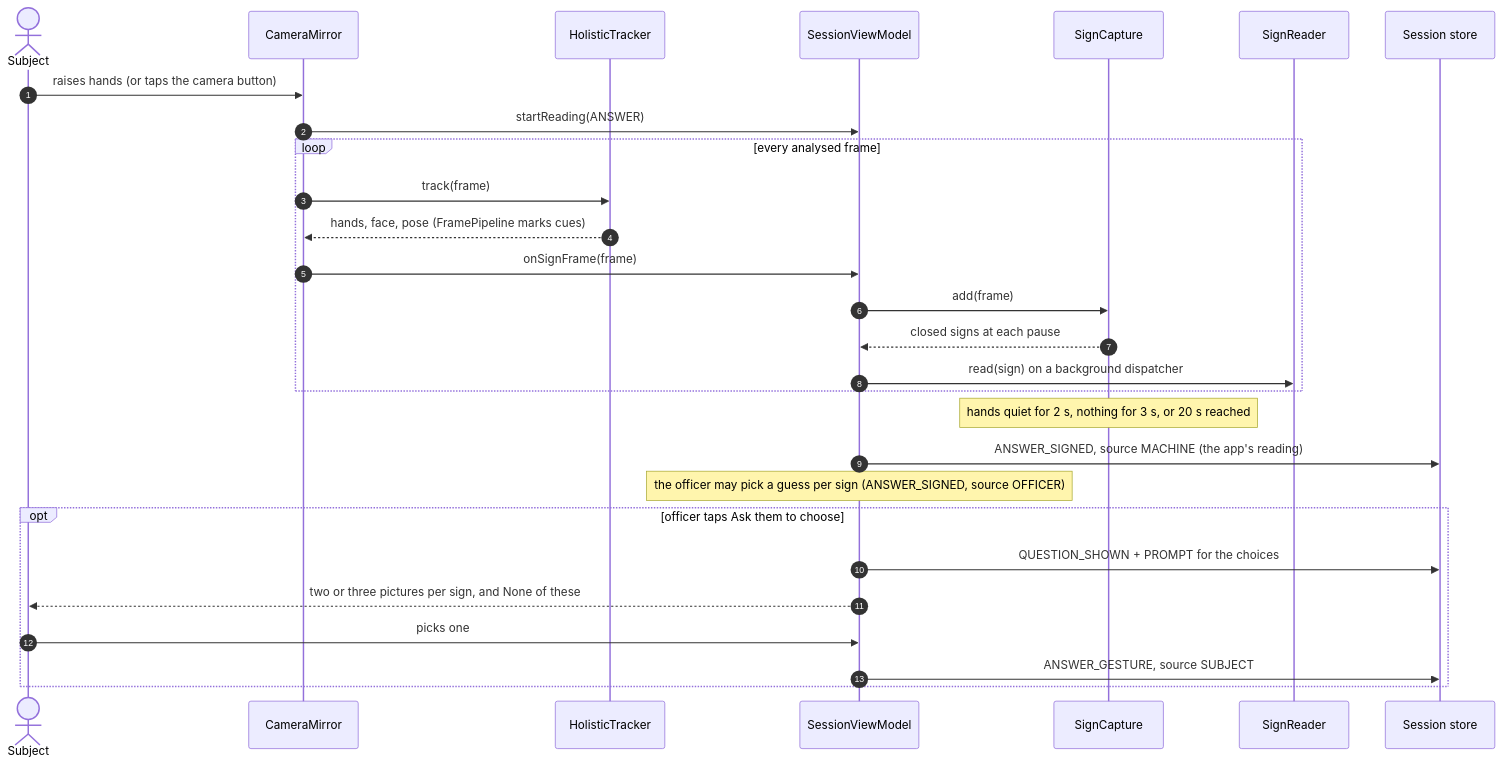
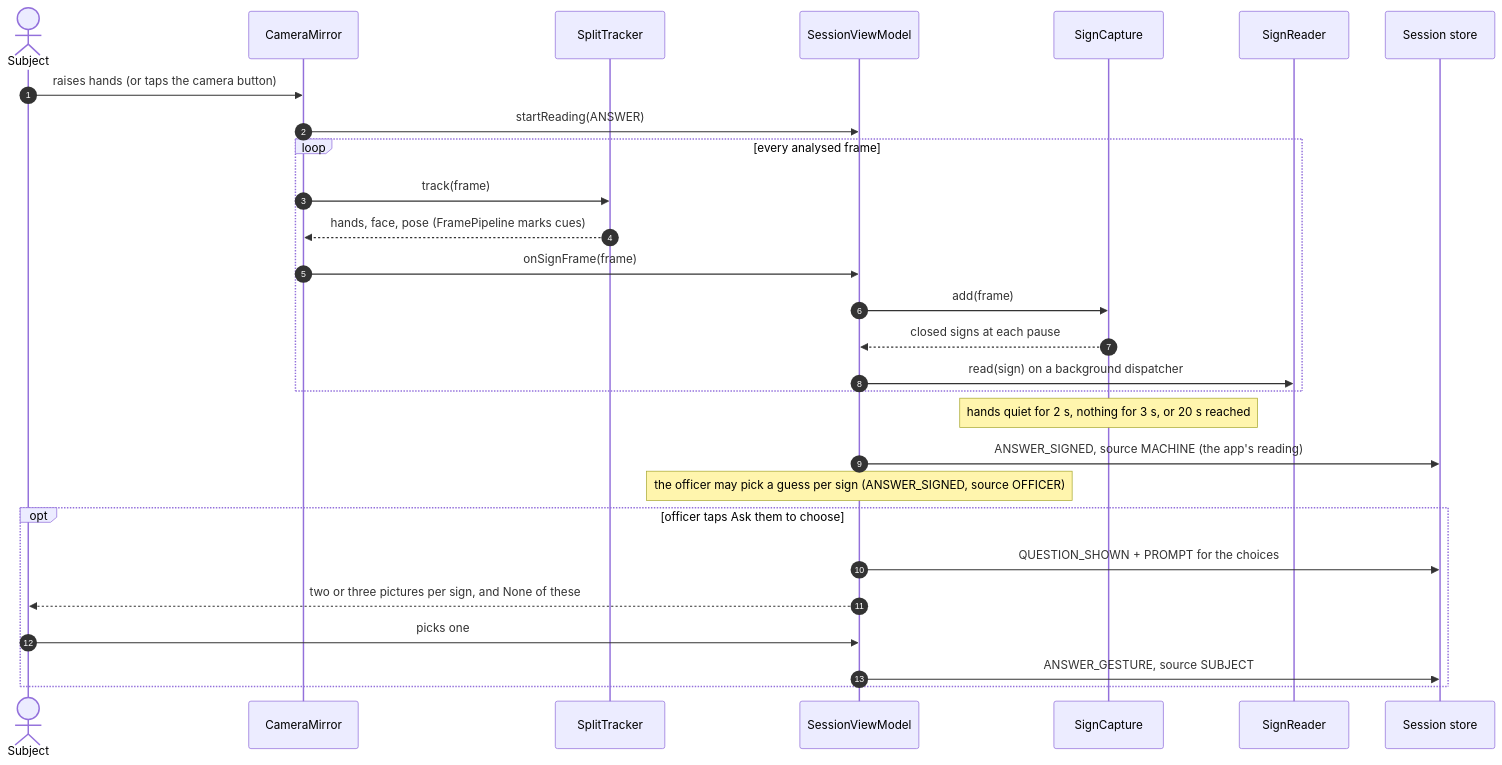
Before and after one commit to CiValidator/SScivalidator: diagram 16 of 16 in docs/02-architecture.md, drawn with Mermaid. The commit also changed other lines of this file and 48 other files, not shown here.

````diff
--- a/docs/02-architecture.md
+++ b/docs/02-architecture.md
@@ -522,30 +523,30 @@
 ```mermaid
 sequenceDiagram
     autonumber
     actor S as Subject
     participant CM as CameraMirror
-    participant HT as HolisticTracker
+    participant HT as SplitTracker
     participant VM as SessionViewModel
     participant SC as SignCapture
     participant RD as SignReader
     participant DB as Session store
     S->>CM: raises hands (or taps the camera button)
     CM->>VM: startReading(ANSWER)
     loop every analysed frame
         CM->>HT: track(frame)
         HT-->>CM: hands, face, pose (FramePipeline marks cues)
         CM->>VM: onSignFrame(frame)
         VM->>SC: add(frame)
         SC-->>VM: closed signs at each pause
         VM->>RD: read(sign) on a background dispatcher
     end
     Note over SC: hands quiet for 2 s, nothing for 3 s, or 20 s reached
     VM->>DB: ANSWER_SIGNED, source MACHINE (the app's reading)
     Note over VM: the officer may pick a guess per sign (ANSWER_SIGNED, source OFFICER)
     opt officer taps Ask them to choose
         VM->>DB: QUESTION_SHOWN + PROMPT for the choices
         VM-->>S: two or three pictures per sign, and None of these
         S->>VM: picks one
         VM->>DB: ANSWER_GESTURE, source SUBJECT
     end
 ```
````
